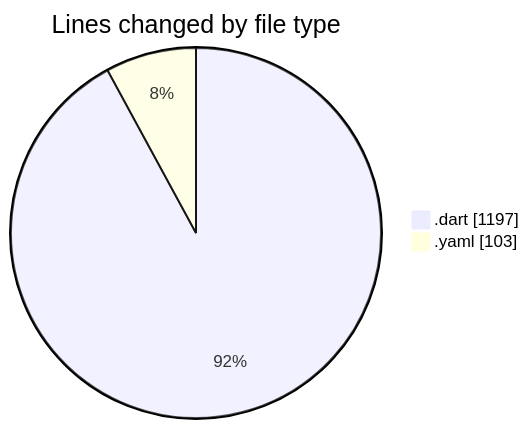
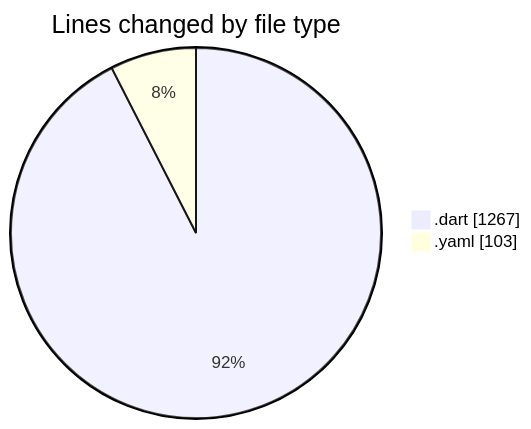
One commit to donsfak/code-tracking changed the first of 2 diagrams in 2025-02-25/trackers_app/README.md. Above: the diagram before and after it, drawn with Mermaid. The commit also changed other lines of this file and 1 other file, not shown here.

````diff
--- a/2025-02-25/trackers_app/README.md
+++ b/2025-02-25/trackers_app/README.md
@@ -25,6 +26,6 @@
 ```mermaid
 pie showData
 title Lines changed by file type
-".dart" : 1197
+".dart" : 1267
 ".yaml" : 103
 ```
````
